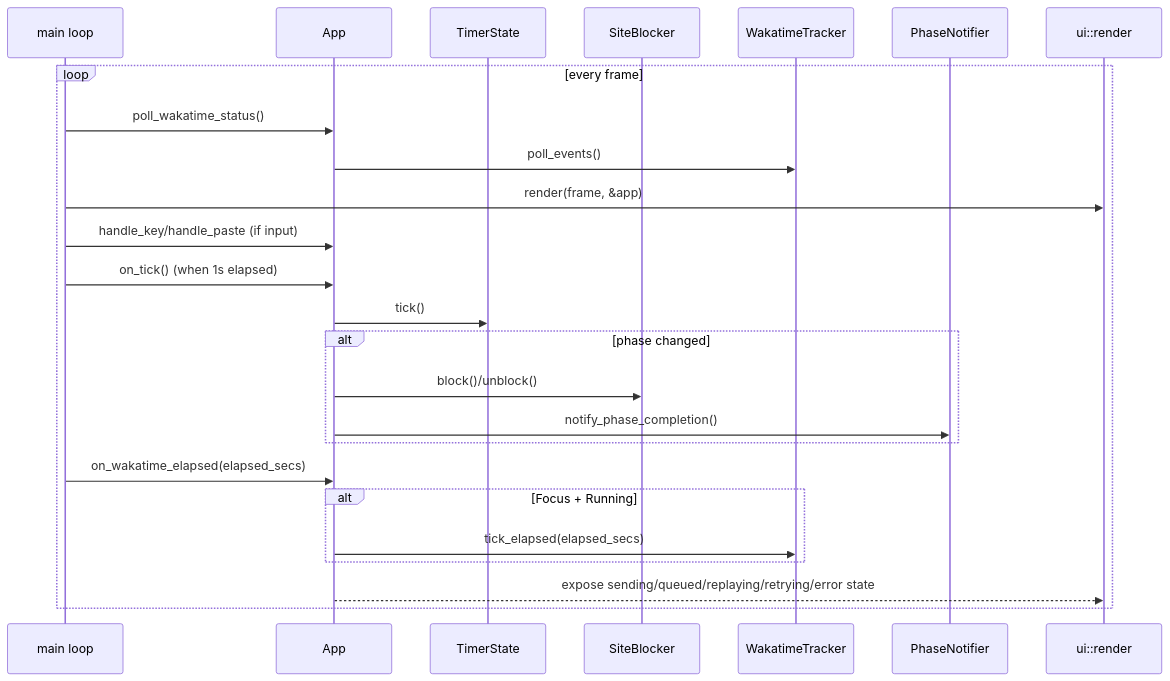
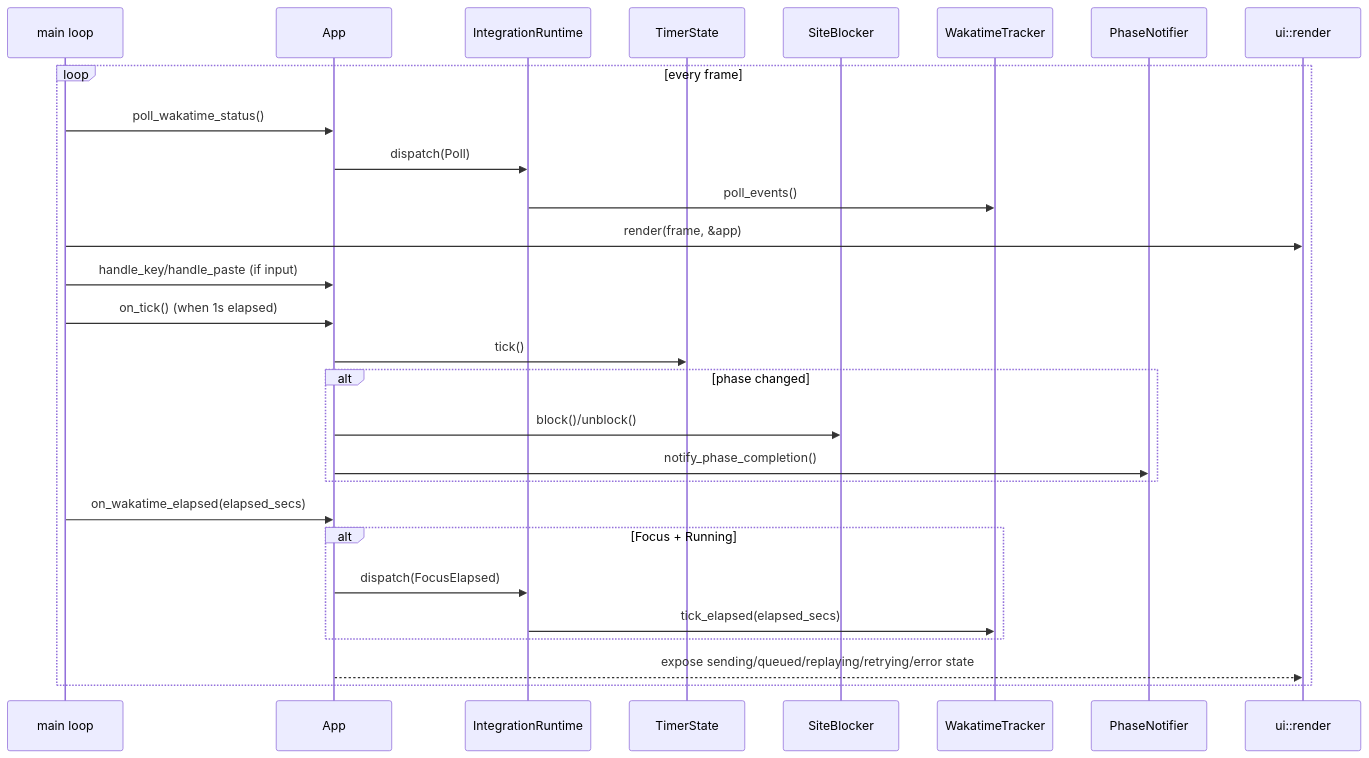
Before and after one commit to utilForever/focustime: the second of 2 diagrams in ARCHITECTURE.md, drawn with Mermaid. The commit also changed other lines of this file and 1 other file, not shown here.

First line of the commit message:
docs: document integration framework foundation

````diff
--- a/ARCHITECTURE.md
+++ b/ARCHITECTURE.md
@@ -78,28 +81,31 @@
 ```mermaid
 sequenceDiagram
     participant Main as main loop
     participant App as App
+    participant Integrations as IntegrationRuntime
     participant Timer as TimerState
     participant Blocker as SiteBlocker
     participant Waka as WakatimeTracker
     participant Notify as PhaseNotifier
     participant UI as ui::render
 
     loop every frame
         Main->>App: poll_wakatime_status()
-        App->>Waka: poll_events()
+        App->>Integrations: dispatch(Poll)
+        Integrations->>Waka: poll_events()
         Main->>UI: render(frame, &app)
         Main->>App: handle_key/handle_paste (if input)
         Main->>App: on_tick() (when 1s elapsed)
         App->>Timer: tick()
         alt phase changed
             App->>Blocker: block()/unblock()
             App->>Notify: notify_phase_completion()
         end
         Main->>App: on_wakatime_elapsed(elapsed_secs)
         alt Focus + Running
-            App->>Waka: tick_elapsed(elapsed_secs)
+            App->>Integrations: dispatch(FocusElapsed)
+            Integrations->>Waka: tick_elapsed(elapsed_secs)
         end
         App-->>UI: expose sending/queued/replaying/retrying/error state
     end
 ```
````
